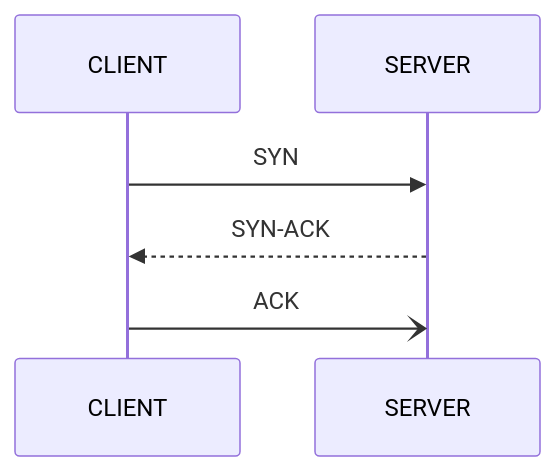
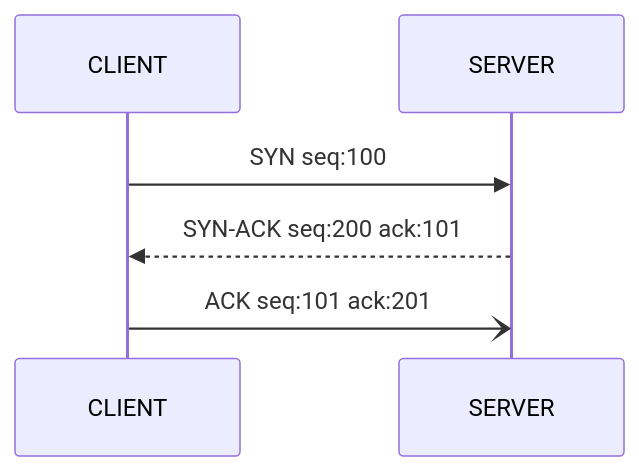
The second of 2 diagrams in Notes_on_Linux/Notes_on_Linux_networking.md (sergiocollado/potpourri), drawn with Mermaid before and after one commit.

````diff
--- a/Notes_on_Linux/Notes_on_Linux_networking.md
+++ b/Notes_on_Linux/Notes_on_Linux_networking.md
@@ -393,7 +395,6 @@
 ```mermaid
 sequenceDiagram
-    CLIENT->>SERVER: SYN
-    SERVER-->>CLIENT: SYN-ACK
-    CLIENT-)SERVER: ACK
-
+    CLIENT->>SERVER: SYN seq:100
+    SERVER-->>CLIENT: SYN-ACK seq:200 ack:101
+    CLIENT-)SERVER: ACK seq:101 ack:201
 ```
````
